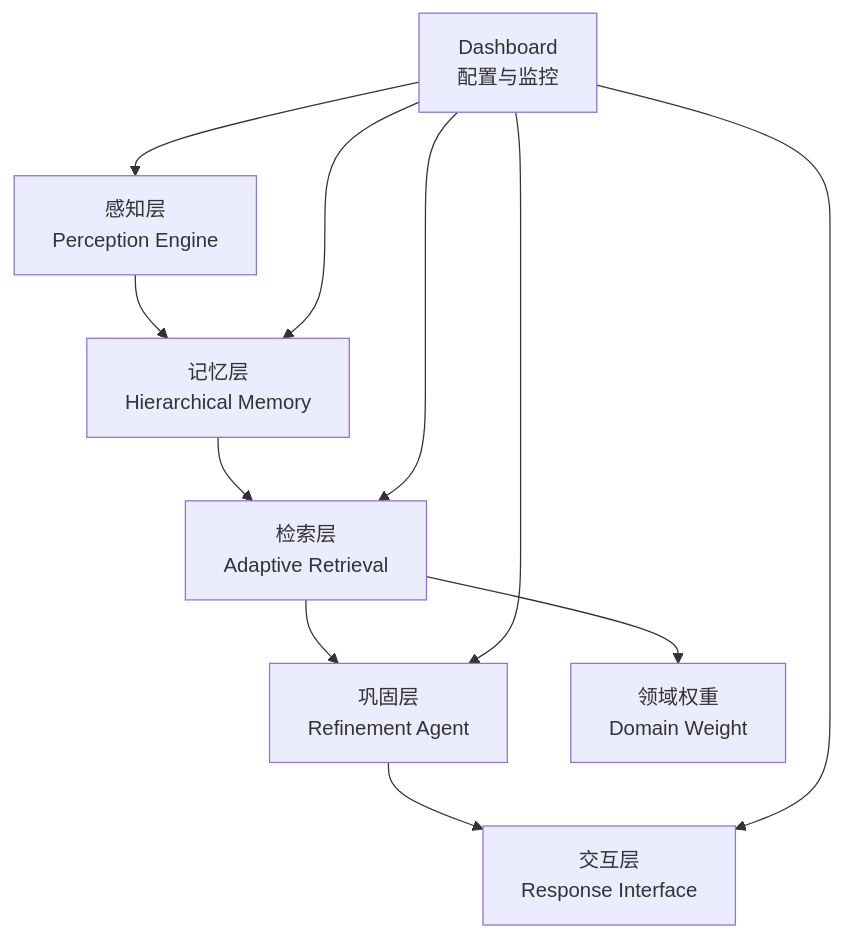
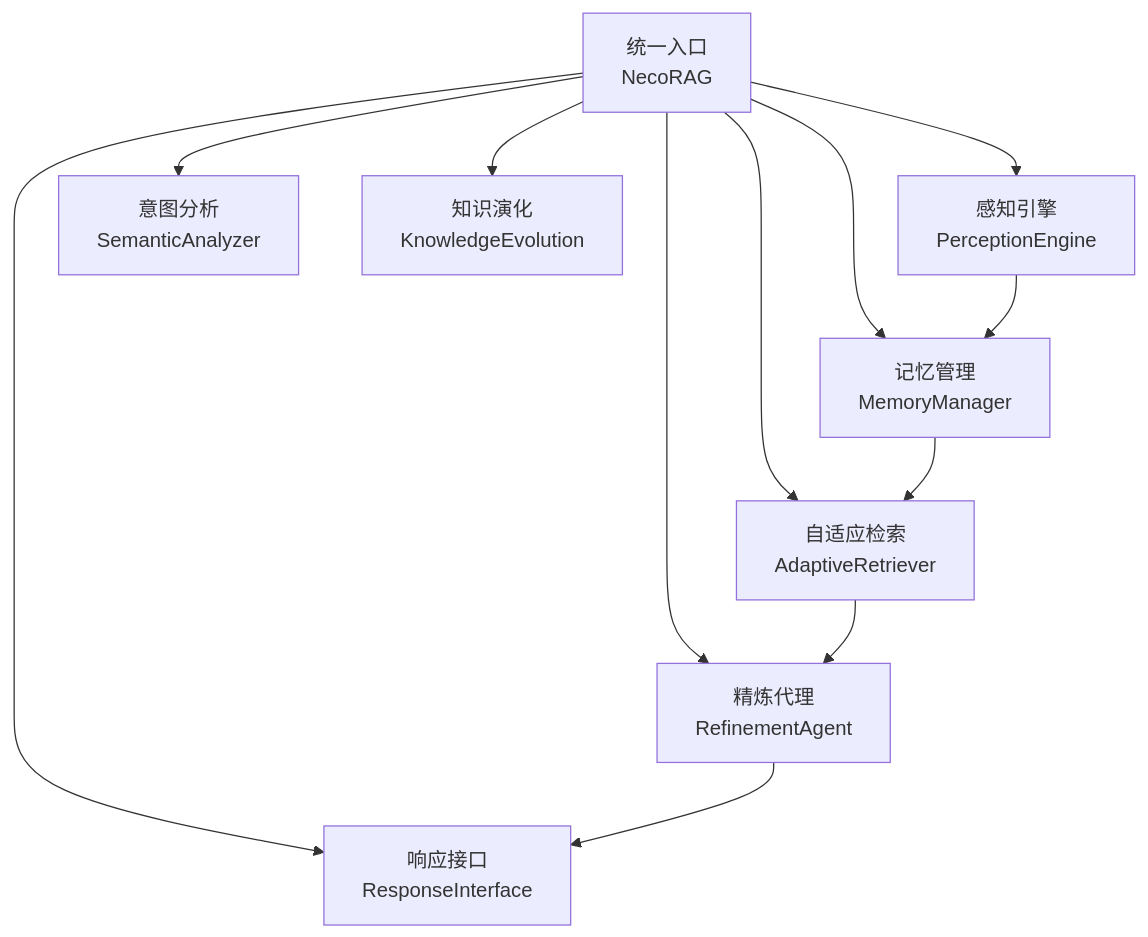
Before and after one commit to JieGaoPrinceton/NecoRAG: the first of 4 diagrams in .qoder/repowiki/zh/content/项目概述/项目概述.md, drawn with Mermaid. The commit also changed other lines of this file and 222 other files, not shown here.

````diff
--- a/.qoder/repowiki/zh/content/项目概述/项目概述.md
+++ b/.qoder/repowiki/zh/content/项目概述/项目概述.md
@@ -48,13 +56,14 @@
 ```mermaid
 graph TB
-A["感知层<br/>Perception Engine"] --> B["记忆层<br/>Hierarchical Memory"]
-B --> C["检索层<br/>Adaptive Retrieval"]
-C --> D["巩固层<br/>Refinement Agent"]
-D --> E["交互层<br/>Response Interface"]
-C --> F["领域权重<br/>Domain Weight"]
-G["Dashboard<br/>配置与监控"] --> A
-G --> B
-G --> C
-G --> D
-G --> E
+A["统一入口<br/>NecoRAG"] --> B["感知引擎<br/>PerceptionEngine"]
+A --> C["记忆管理<br/>MemoryManager"]
+A --> D["自适应检索<br/>AdaptiveRetriever"]
+A --> E["精炼代理<br/>RefinementAgent"]
+A --> F["响应接口<br/>ResponseInterface"]
+A --> G["意图分析<br/>SemanticAnalyzer"]
+A --> H["知识演化<br/>KnowledgeEvolution"]
+B --> C
+C --> D
+D --> E
+E --> F
 ```
````
